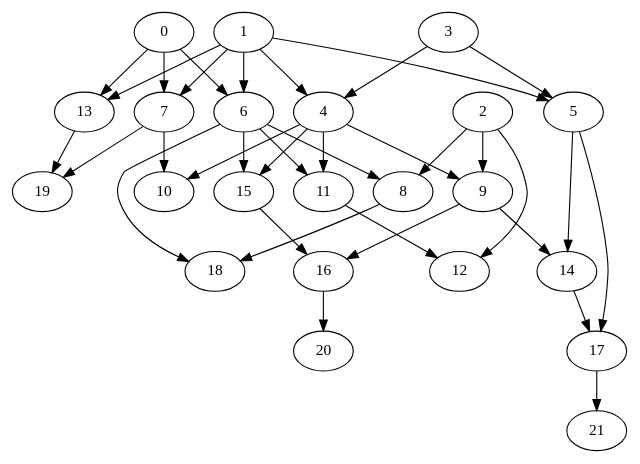
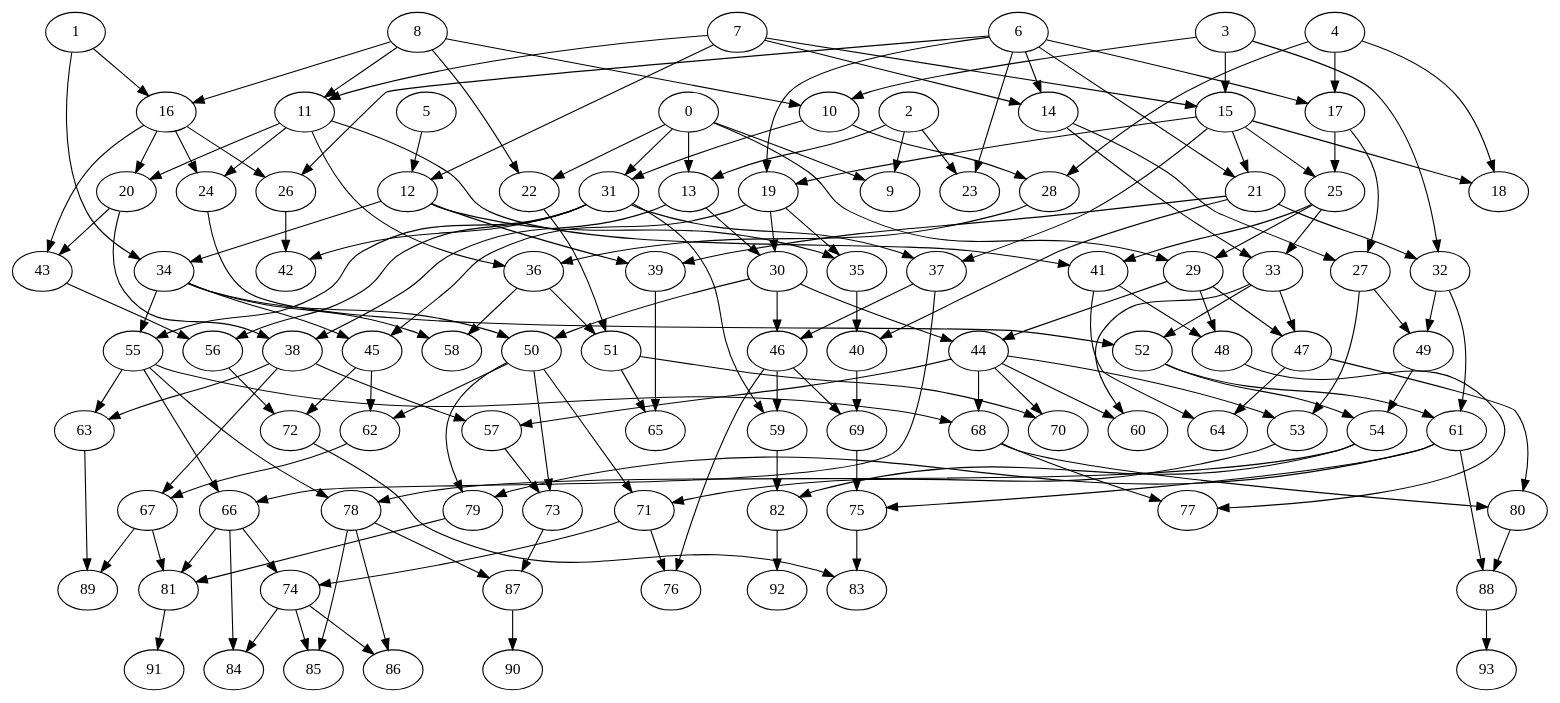
One commit to Ajax12345/protestGP changed the diagram in test.dot. Above: the diagram before and after it, drawn with Graphviz. The commit also changed 2 other files, not shown here.

```diff
--- a/test.dot
+++ b/test.dot
@@ -1,58 +1,263 @@
 strict digraph "" {
 	0	[layer=1];
-	6	[layer=2];
-	0 -> 6;
-	7	[layer=2];
-	0 -> 7;
+	9	[layer=2];
+	0 -> 9;
 	13	[layer=2];
 	0 -> 13;
+	22	[layer=2];
+	0 -> 22;
+	31	[layer=3];
+	0 -> 31;
+	29	[layer=4];
+	0 -> 29;
 	1	[layer=1];
-	4	[layer=2];
-	1 -> 4;
-	5	[layer=2];
-	1 -> 5;
-	1 -> 6;
-	1 -> 7;
-	1 -> 13;
+	16	[layer=2];
+	1 -> 16;
+	34	[layer=3];
+	1 -> 34;
 	2	[layer=1];
-	8	[layer=3];
-	2 -> 8;
-	9	[layer=3];
 	2 -> 9;
-	12	[layer=4];
-	2 -> 12;
+	2 -> 13;
+	23	[layer=2];
+	2 -> 23;
 	3	[layer=1];
-	3 -> 4;
-	3 -> 5;
-	4 -> 9;
-	10	[layer=3];
-	4 -> 10;
-	11	[layer=3];
-	4 -> 11;
-	15	[layer=3];
-	4 -> 15;
-	14	[layer=4];
-	5 -> 14;
-	17	[layer=5];
-	5 -> 17;
-	6 -> 8;
-	6 -> 11;
-	6 -> 15;
-	18	[layer=4];
-	6 -> 18;
-	7 -> 10;
+	10	[layer=2];
+	3 -> 10;
+	15	[layer=2];
+	3 -> 15;
+	32	[layer=4];
+	3 -> 32;
+	4	[layer=1];
+	17	[layer=2];
+	4 -> 17;
+	18	[layer=3];
+	4 -> 18;
+	28	[layer=3];
+	4 -> 28;
+	5	[layer=1];
+	12	[layer=2];
+	5 -> 12;
+	6	[layer=1];
+	14	[layer=2];
+	6 -> 14;
+	6 -> 17;
+	6 -> 23;
 	19	[layer=3];
-	7 -> 19;
-	13 -> 19;
-	8 -> 18;
-	9 -> 14;
-	16	[layer=4];
-	9 -> 16;
-	11 -> 12;
-	15 -> 16;
-	14 -> 17;
-	20	[layer=6];
+	6 -> 19;
+	21	[layer=3];
+	6 -> 21;
+	26	[layer=3];
+	6 -> 26;
+	7	[layer=1];
+	11	[layer=2];
+	7 -> 11;
+	7 -> 12;
+	7 -> 14;
+	7 -> 15;
+	8	[layer=1];
+	8 -> 10;
+	8 -> 11;
+	8 -> 16;
+	8 -> 22;
+	10 -> 28;
+	10 -> 31;
+	20	[layer=3];
+	11 -> 20;
+	24	[layer=3];
+	11 -> 24;
+	36	[layer=4];
+	11 -> 36;
+	41	[layer=4];
+	11 -> 41;
+	12 -> 34;
+	35	[layer=4];
+	12 -> 35;
+	39	[layer=4];
+	12 -> 39;
+	30	[layer=4];
+	13 -> 30;
+	38	[layer=4];
+	13 -> 38;
+	27	[layer=3];
+	14 -> 27;
+	33	[layer=4];
+	14 -> 33;
+	15 -> 18;
+	15 -> 19;
+	15 -> 21;
+	25	[layer=3];
+	15 -> 25;
+	37	[layer=4];
+	15 -> 37;
 	16 -> 20;
-	21	[layer=6];
-	17 -> 21;
+	16 -> 24;
+	16 -> 26;
+	43	[layer=4];
+	16 -> 43;
+	17 -> 25;
+	17 -> 27;
+	51	[layer=5];
+	22 -> 51;
+	19 -> 30;
+	19 -> 35;
+	45	[layer=4];
+	19 -> 45;
+	20 -> 38;
+	20 -> 43;
+	21 -> 32;
+	21 -> 39;
+	40	[layer=5];
+	21 -> 40;
+	52	[layer=5];
+	24 -> 52;
+	25 -> 29;
+	25 -> 33;
+	25 -> 41;
+	42	[layer=4];
+	26 -> 42;
+	49	[layer=5];
+	27 -> 49;
+	53	[layer=6];
+	27 -> 53;
+	28 -> 36;
+	31 -> 37;
+	31 -> 42;
+	55	[layer=4];
+	31 -> 55;
+	56	[layer=5];
+	31 -> 56;
+	59	[layer=6];
+	31 -> 59;
+	34 -> 45;
+	34 -> 55;
+	50	[layer=5];
+	34 -> 50;
+	58	[layer=5];
+	34 -> 58;
+	44	[layer=5];
+	29 -> 44;
+	47	[layer=5];
+	29 -> 47;
+	48	[layer=5];
+	29 -> 48;
+	30 -> 44;
+	46	[layer=5];
+	30 -> 46;
+	30 -> 50;
+	32 -> 49;
+	61	[layer=6];
+	32 -> 61;
+	33 -> 47;
+	33 -> 52;
+	60	[layer=6];
+	33 -> 60;
+	35 -> 40;
+	36 -> 51;
+	36 -> 58;
+	37 -> 46;
+	66	[layer=5];
+	37 -> 66;
+	63	[layer=5];
+	38 -> 63;
+	57	[layer=6];
+	38 -> 57;
+	67	[layer=7];
+	38 -> 67;
+	65	[layer=6];
+	39 -> 65;
+	41 -> 48;
+	64	[layer=6];
+	41 -> 64;
+	43 -> 56;
+	62	[layer=6];
+	45 -> 62;
+	72	[layer=6];
+	45 -> 72;
+	55 -> 63;
+	55 -> 66;
+	68	[layer=6];
+	55 -> 68;
+	78	[layer=7];
+	55 -> 78;
+	69	[layer=6];
+	40 -> 69;
+	44 -> 53;
+	44 -> 57;
+	44 -> 60;
+	44 -> 68;
+	70	[layer=6];
+	44 -> 70;
+	46 -> 59;
+	46 -> 69;
+	76	[layer=8];
+	46 -> 76;
+	47 -> 64;
+	80	[layer=7];
+	47 -> 80;
+	77	[layer=7];
+	48 -> 77;
+	54	[layer=6];
+	49 -> 54;
+	50 -> 62;
+	71	[layer=7];
+	50 -> 71;
+	73	[layer=7];
+	50 -> 73;
+	79	[layer=7];
+	50 -> 79;
+	51 -> 65;
+	51 -> 70;
+	52 -> 54;
+	52 -> 61;
+	56 -> 72;
+	89	[layer=8];
+	63 -> 89;
+	74	[layer=8];
+	66 -> 74;
+	81	[layer=8];
+	66 -> 81;
+	84	[layer=9];
+	66 -> 84;
+	53 -> 71;
+	54 -> 78;
+	82	[layer=7];
+	54 -> 82;
+	57 -> 73;
+	59 -> 82;
+	75	[layer=7];
+	61 -> 75;
+	61 -> 79;
+	88	[layer=8];
+	61 -> 88;
+	62 -> 67;
+	68 -> 77;
+	68 -> 80;
+	69 -> 75;
+	83	[layer=8];
+	72 -> 83;
+	67 -> 81;
+	67 -> 89;
+	71 -> 74;
+	71 -> 76;
+	87	[layer=8];
+	73 -> 87;
+	75 -> 83;
+	78 -> 87;
+	85	[layer=9];
+	78 -> 85;
+	86	[layer=9];
+	78 -> 86;
+	79 -> 81;
+	80 -> 88;
+	92	[layer=10];
+	82 -> 92;
+	74 -> 84;
+	74 -> 85;
+	74 -> 86;
+	91	[layer=10];
+	81 -> 91;
+	90	[layer=10];
+	87 -> 90;
+	93	[layer=10];
+	88 -> 93;
 }
```
